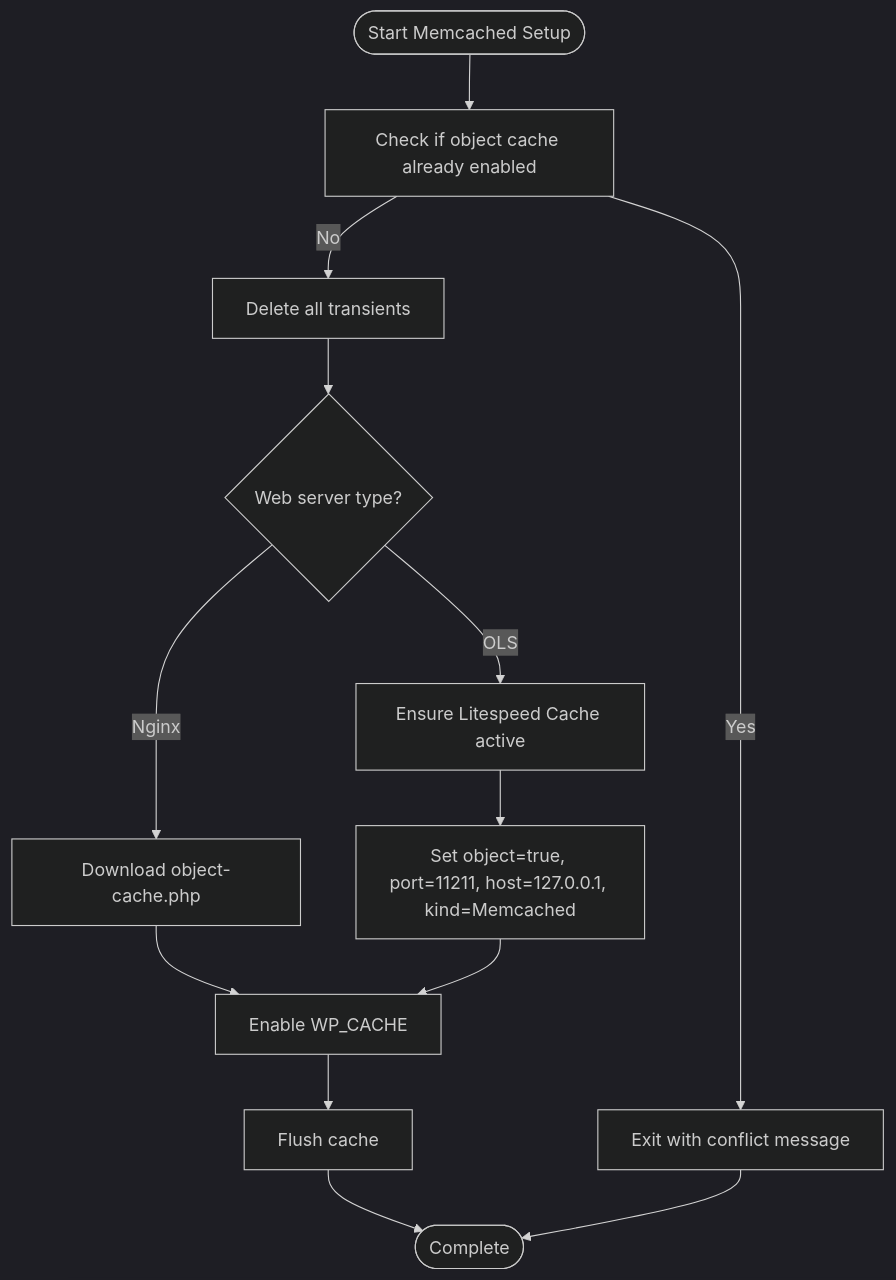
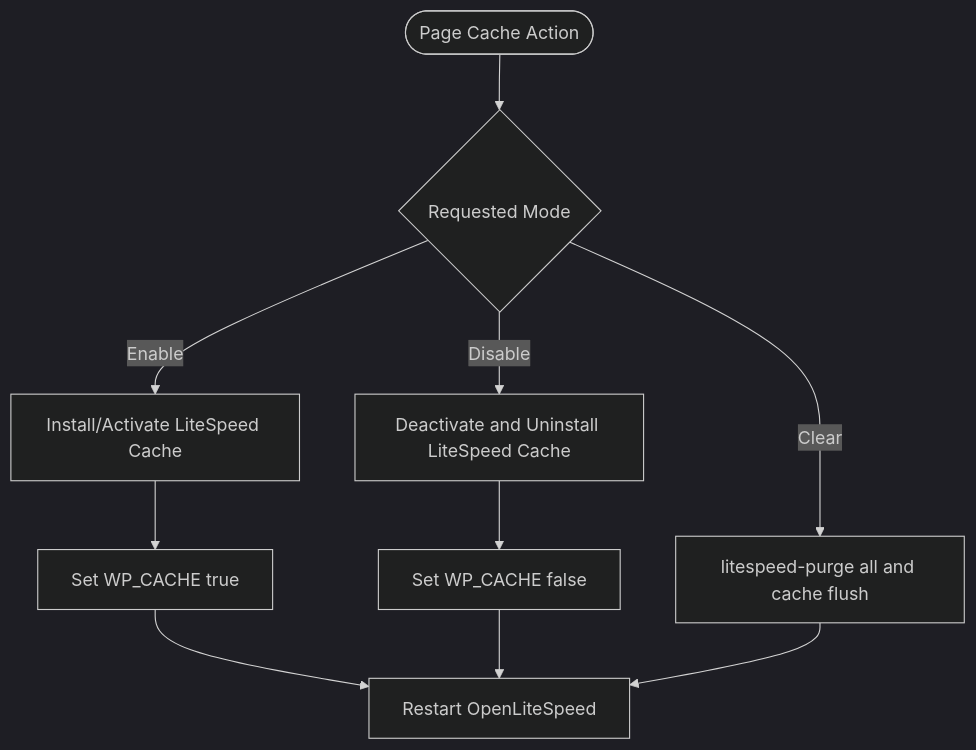
One commit to onedogsolutions/simple-stack changed the third of 4 diagrams in .qoder/repowiki/en/content/Operational Tools/Performance Optimization Tools/Caching Systems/Caching Systems.md. Above: the diagram before and after it, drawn with Mermaid (dark theme). The commit also changed other lines of this file and 5941 other files, not shown here.

````diff
--- a/.qoder/repowiki/en/content/Operational Tools/Performance Optimization Tools/Caching Systems/Caching Systems.md
+++ b/.qoder/repowiki/en/content/Operational Tools/Performance Optimization Tools/Caching Systems/Caching Systems.md
@@ -199,15 +214,12 @@
 ```mermaid
 flowchart TD
-Start(["Start Memcached Setup"]) --> CheckExisting["Check if object cache already enabled"]
-CheckExisting --> |Yes| ExitConflict["Exit with conflict message"]
-CheckExisting --> |No| DeleteTransients["Delete all transients"]
-DeleteTransients --> WebserverType{"Web server type?"}
-WebserverType --> |Nginx| DownloadOC["Download object-cache.php"]
-WebserverType --> |OLS| EnsureLSCache["Ensure Litespeed Cache active"]
-EnsureLSCache --> SetOptions["Set object=true, port=11211, host=127.0.0.1, kind=Memcached"]
-DownloadOC --> EnableWPCACHE["Enable WP_CACHE"]
-SetOptions --> EnableWPCACHE
-EnableWPCACHE --> FlushCache["Flush cache"]
-FlushCache --> End(["Complete"])
-ExitConflict --> End
+    Start(["Page Cache Action"]) --> Mode{"Requested Mode"}
+    Mode --> |Enable| Install["Install/Activate LiteSpeed Cache"]
+    Install --> EnableConstant["Set WP_CACHE true"]
+    Mode --> |Disable| Remove["Deactivate and Uninstall LiteSpeed Cache"]
+    Remove --> DisableConstant["Set WP_CACHE false"]
+    Mode --> |Clear| Purge["litespeed-purge all and cache flush"]
+    EnableConstant --> Restart["Restart OpenLiteSpeed"]
+    DisableConstant --> Restart
+    Purge --> Restart
 ```
````
